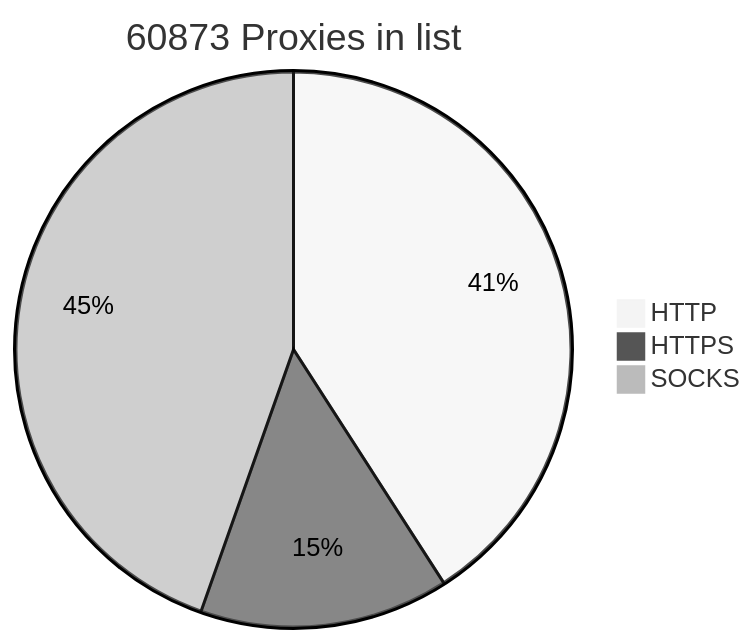
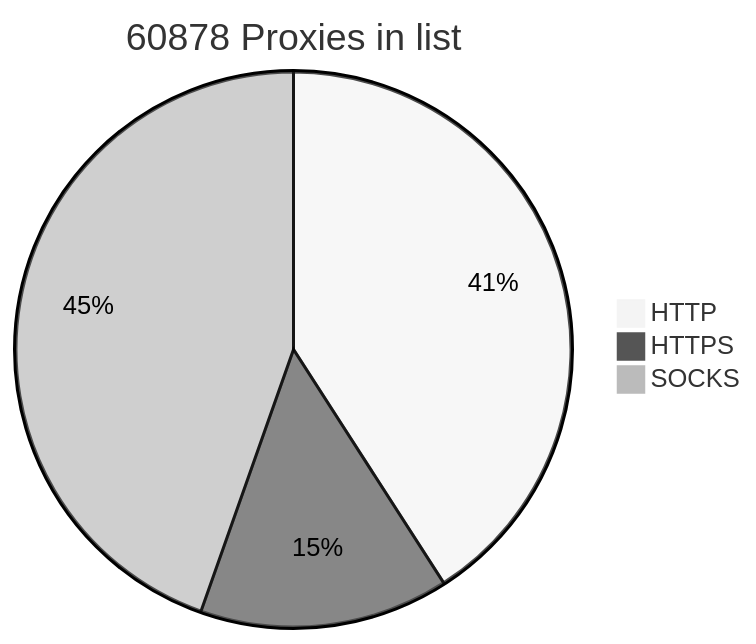
One commit to BlackSnowDot/proxylist-update-every-minute changed the diagram in README.md. Above: the diagram before and after it, drawn with Mermaid (neutral theme).

````diff
--- a/README.md
+++ b/README.md
@@ -2,6 +2,6 @@
 ```mermaid
-pie title 60873 Proxies in list
-    "HTTP" : 28198
-    "HTTPS": 10003
+pie title 60878 Proxies in list
+    "HTTP" : 28205
+    "HTTPS": 10005
     "SOCKS" : 30750
 ```
````
